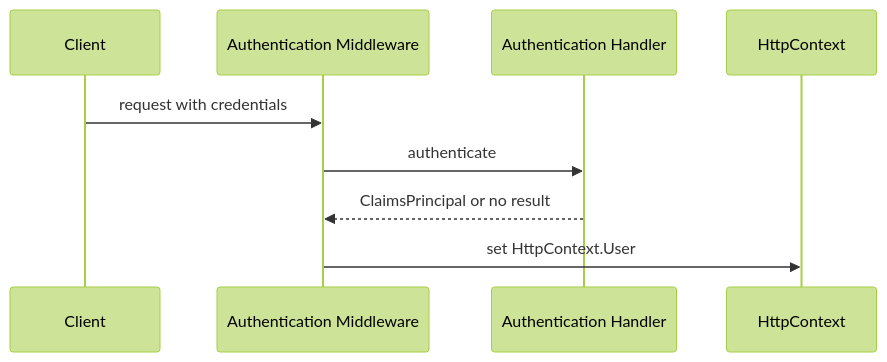
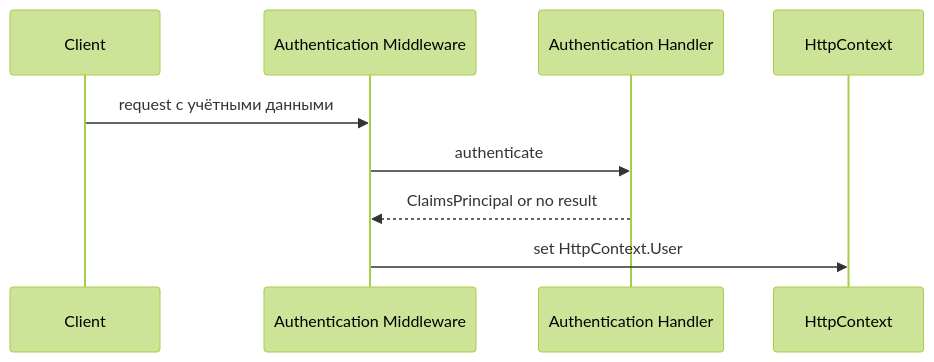
Before and after one commit to EugenTovarchi/Backend-Engineer-Handbook: the diagram in 02_ASPNET_Core_Request_Pipeline/05_Authentication_In_Pipeline.md, drawn with Mermaid (forest theme). The commit also changed other lines of this file and 11 other files, not shown here.

````diff
--- a/02_ASPNET_Core_Request_Pipeline/05_Authentication_In_Pipeline.md
+++ b/02_ASPNET_Core_Request_Pipeline/05_Authentication_In_Pipeline.md
@@ -201,12 +201,12 @@
 ```mermaid
 sequenceDiagram
     participant C as Client
     participant A as Authentication Middleware
     participant H as Authentication Handler
     participant X as HttpContext
 
-    C->>A: request with credentials
+    C->>A: request с учётными данными
     A->>H: authenticate
     H-->>A: ClaimsPrincipal or no result
     A->>X: set HttpContext.User
 ```
````
